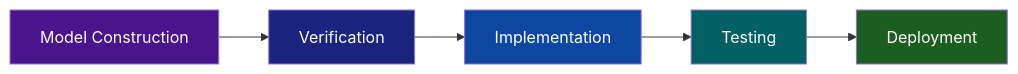
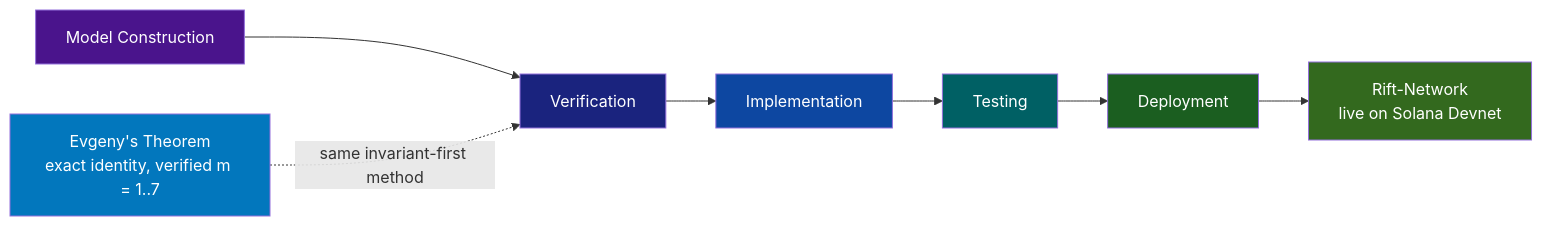
One commit to RFT-SIRM/UltraCore-RFT changed the first of 2 diagrams in ARCHITECT.md. Above: the diagram before and after it, drawn with Mermaid. The commit also changed other lines of this file, not shown here.

Commit message:
docs(architect): add Evgeny's Theorem to badges, implementation path, artifact map and spectral layer

````diff
--- a/ARCHITECT.md
+++ b/ARCHITECT.md
@@ -41,12 +45,18 @@
 ```mermaid
 flowchart LR
     M["Model Construction"] --> V["Verification"]
     V --> I["Implementation"]
     I --> T["Testing"]
     T --> D["Deployment"]
+    ET["Evgeny's Theorem<br/>exact identity, verified m = 1..7"]
+    DEV["Rift-Network<br/>live on Solana Devnet"]
+    ET -.->|"same invariant-first method"| V
+    D --> DEV
     style M fill:#4a148c,color:#fff
     style V fill:#1a237e,color:#fff
     style I fill:#0d47a1,color:#fff
     style T fill:#006064,color:#fff
     style D fill:#1b5e20,color:#fff
+    style ET fill:#0277bd,color:#fff
+    style DEV fill:#33691e,color:#fff
 ```
````
